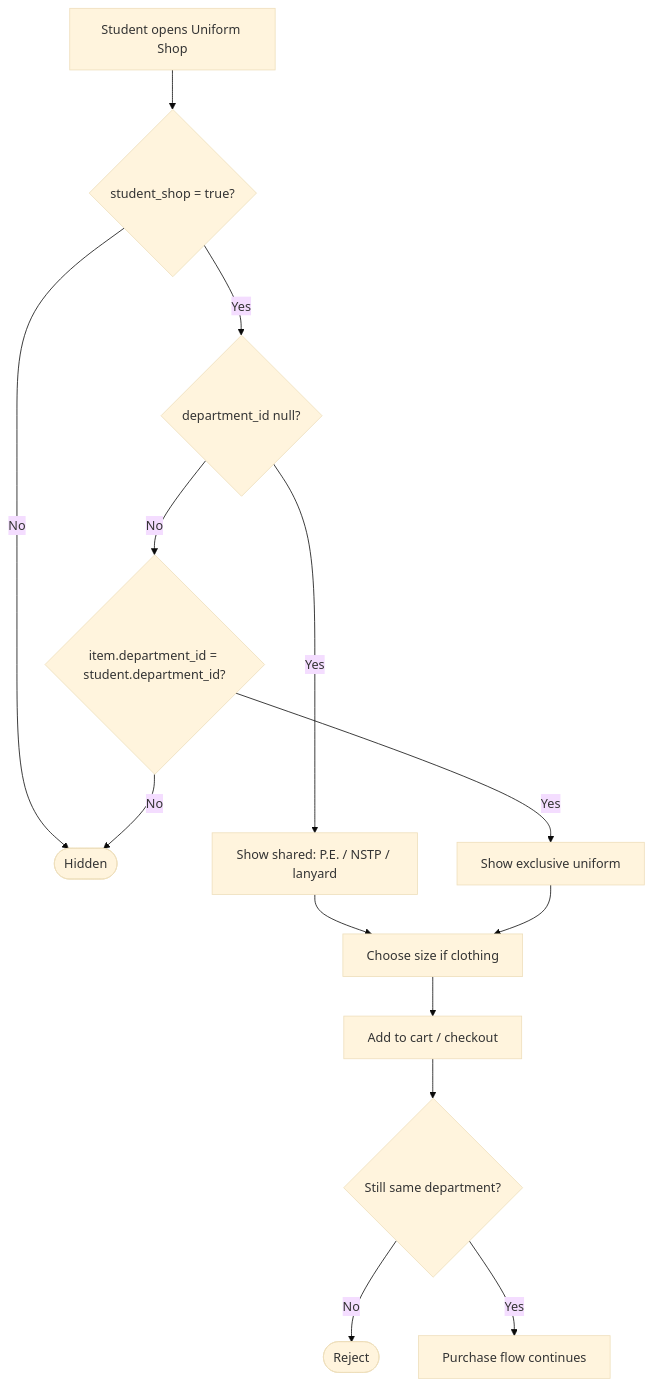
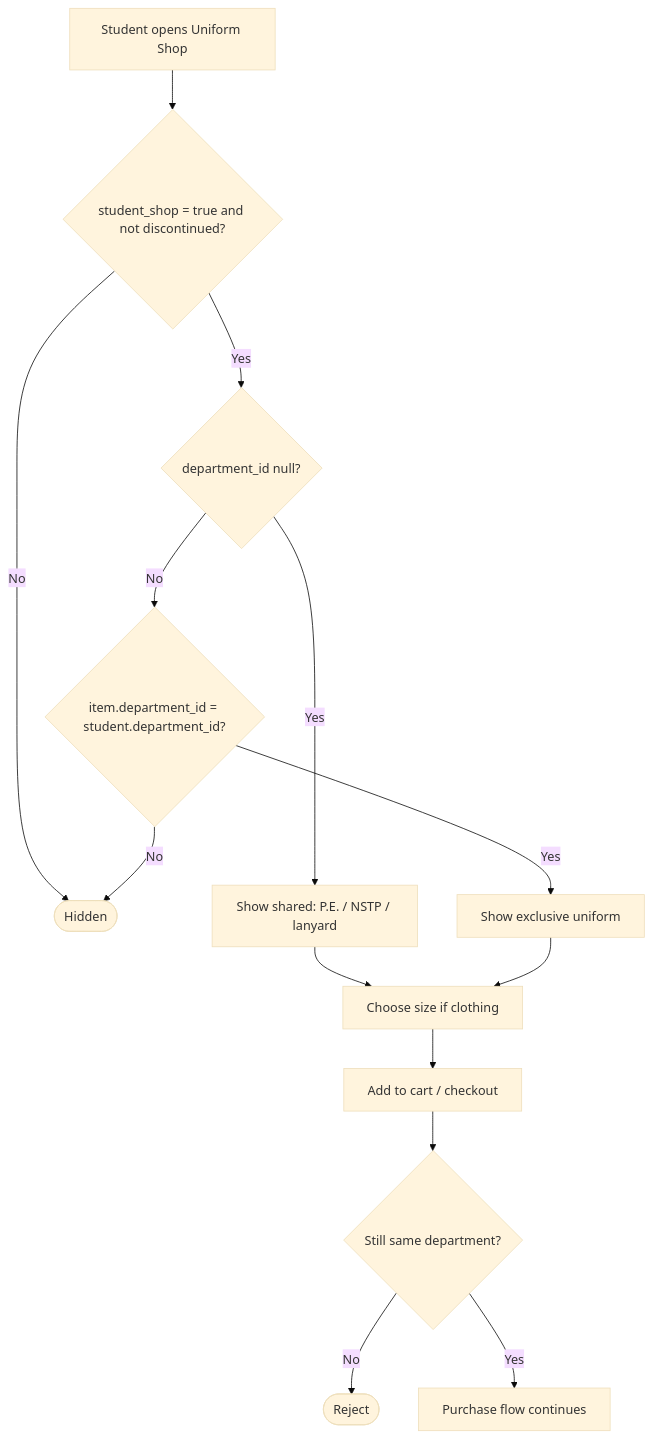
The fourth of 9 diagrams in docs/FLOWCHART.md (rhems95/PECIT-Smart-Inventory-System), drawn with Mermaid (base theme) before and after one commit. The commit also changed other lines of this file and 2 other files, not shown here.

First line of the commit message:
Update ER diagram and flowcharts for stock card and suppliers.

````diff
--- a/docs/FLOWCHART.md
+++ b/docs/FLOWCHART.md
@@ -126,16 +143,16 @@
 ```mermaid
 flowchart TD
-    A[Student opens Uniform Shop] --> B{student_shop = true?}
+    A[Student opens Uniform Shop] --> B{student_shop = true and not discontinued?}
     B -->|No| H([Hidden])
     B -->|Yes| C{department_id null?}
     C -->|Yes| D[Show shared: P.E. / NSTP / lanyard]
     C -->|No| E{item.department_id = student.department_id?}
     E -->|Yes| F[Show exclusive uniform]
     E -->|No| H
     D --> G[Choose size if clothing]
     F --> G
     G --> I[Add to cart / checkout]
     I --> J{Still same department?}
     J -->|No| K([Reject])
     J -->|Yes| L[Purchase flow continues]
 ```
````
